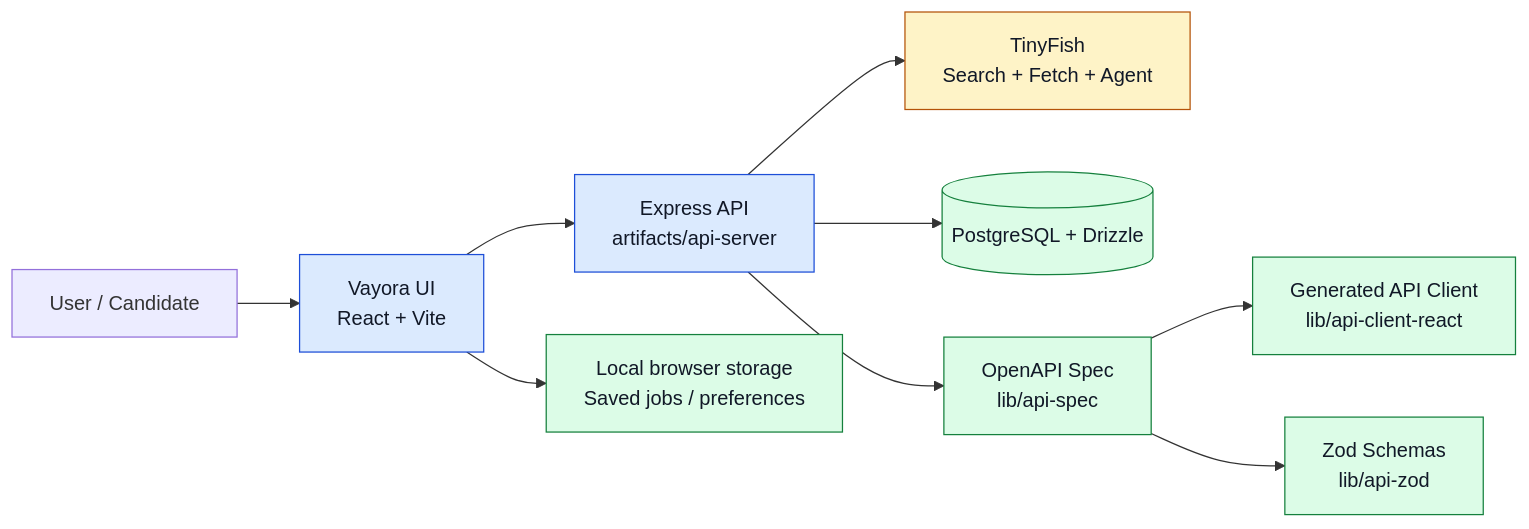
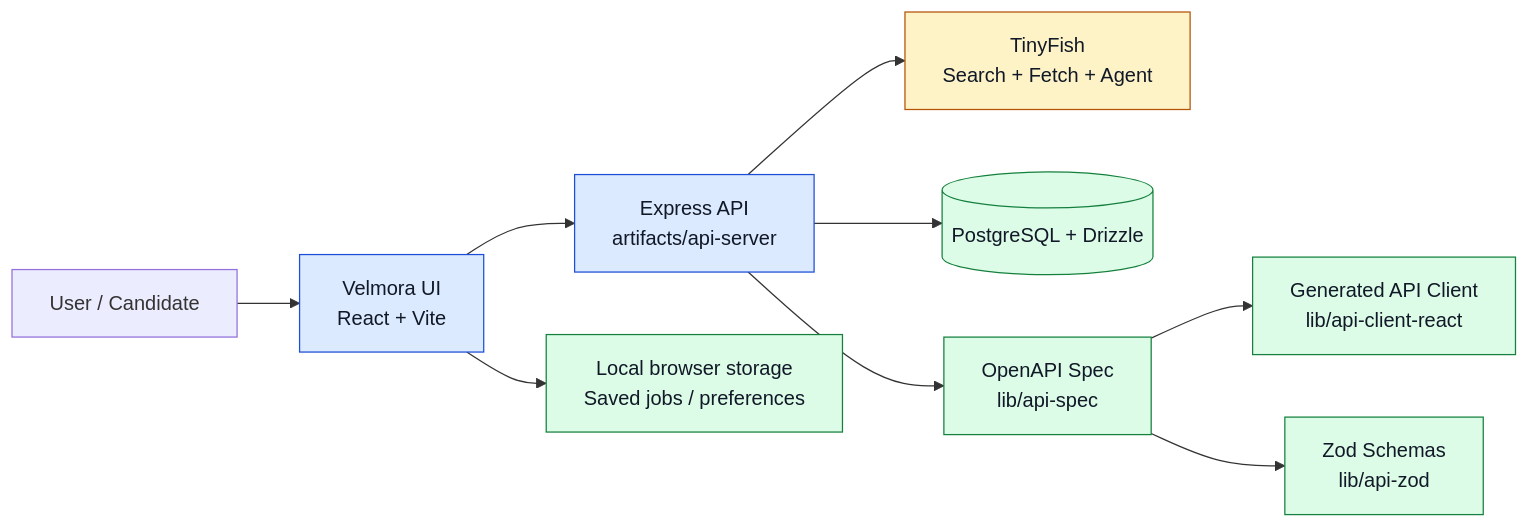
Before and after one commit to vanshgoyal2007/Career-finder-new-byte-force-new-: the first of 2 diagrams in README.md, drawn with Mermaid. The commit also changed other lines of this file and 7 other files, not shown here.

````diff
--- a/README.md
+++ b/README.md
@@ -31,19 +31,19 @@
 ```mermaid
 flowchart LR
-    User[User / Candidate] --> FE[Vayora UI\nReact + Vite]
+    User[User / Candidate] --> FE[Velmora UI\nReact + Vite]
     FE --> API[Express API\nartifacts/api-server]
     API --> TF[TinyFish\nSearch + Fetch + Agent]
     API --> DB[(PostgreSQL + Drizzle)]
     API --> OpenAPI[OpenAPI Spec\nlib/api-spec]
     OpenAPI --> Client[Generated API Client\nlib/api-client-react]
     OpenAPI --> Zod[Zod Schemas\nlib/api-zod]
     FE --> Local[Local browser storage\nSaved jobs / preferences]
 
     classDef external fill:#fef3c7,stroke:#b45309,color:#111827;
     classDef app fill:#dbeafe,stroke:#1d4ed8,color:#111827;
     classDef data fill:#dcfce7,stroke:#15803d,color:#111827;
 
     class FE,API app;
     class TF external;
     class DB,OpenAPI,Client,Zod,Local data;
 ```
````
